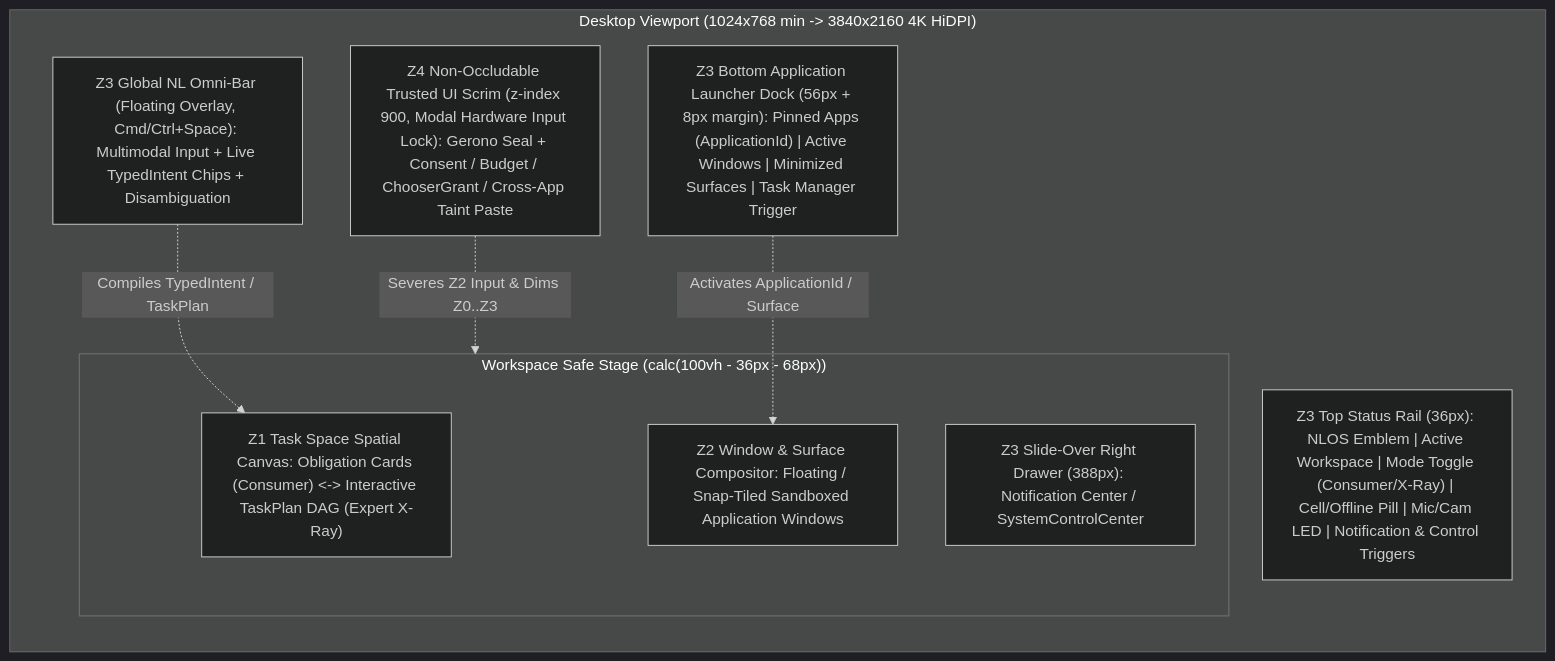
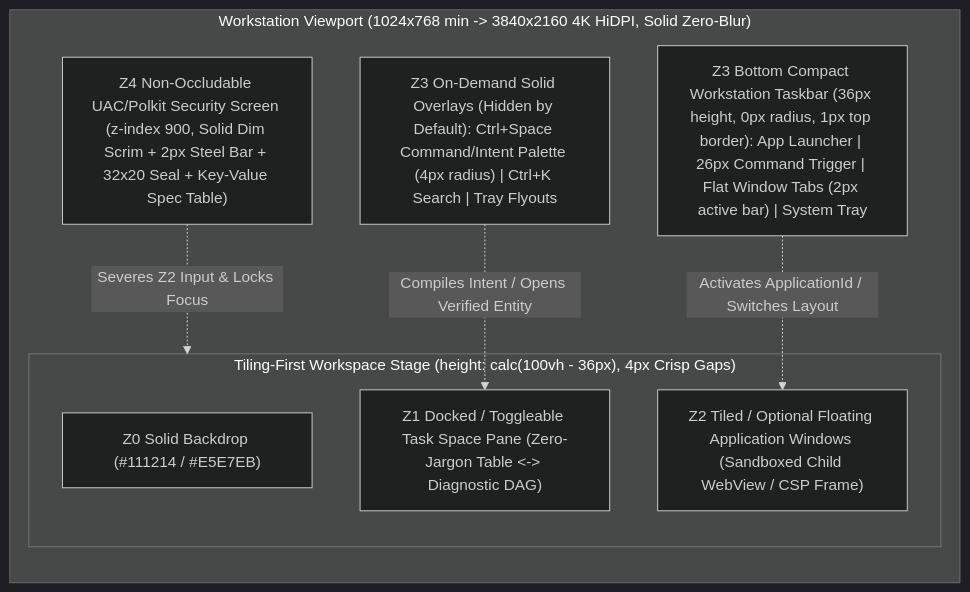
Before and after one commit to cty12356541/llmos: the diagram in docs/superpowers/specs/2026-10-26-stage-d-desktop-visual-and-ux-design.md, drawn with Mermaid (dark theme). The commit also changed other lines of this file and 4 other files, not shown here.

First line of the commit message:
阶段D（W68-R1）：去 AI 模板味修订，确立 Graphite/Paper 硬朗工业工作站视觉与平铺优先架构

````diff
--- a/docs/superpowers/specs/2026-10-26-stage-d-desktop-visual-and-ux-design.md
+++ b/docs/superpowers/specs/2026-10-26-stage-d-desktop-visual-and-ux-design.md
@@ -422,19 +263,18 @@
 ```mermaid
 flowchart LR
-  subgraph Viewport["Desktop Viewport (1024x768 min -> 3840x2160 4K HiDPI)"]
+  subgraph Viewport["Workstation Viewport (1024x768 min -> 3840x2160 4K HiDPI, Solid Zero-Blur)"]
     direction TB
-    Rail["Z3 Top Status Rail (36px): NLOS Emblem | Active Workspace | Mode Toggle (Consumer/X-Ray) | Cell/Offline Pill | Mic/Cam LED | Notification & Control Triggers"]
-    Omni["Z3 Global NL Omni-Bar (Floating Overlay, Cmd/Ctrl+Space): Multimodal Input + Live TypedIntent Chips + Disambiguation"]
-    subgraph StageArea["Workspace Safe Stage (calc(100vh - 36px - 68px))"]
-      Z1["Z1 Task Space Spatial Canvas: Obligation Cards (Consumer) <-> Interactive TaskPlan DAG (Expert X-Ray)"]
-      Z2["Z2 Window & Surface Compositor: Floating / Snap-Tiled Sandboxed Application Windows"]
-      Drawer["Z3 Slide-Over Right Drawer (388px): Notification Center / SystemControlCenter"]
+    subgraph StageArea["Tiling-First Workspace Stage (height: calc(100vh - 36px), 4px Crisp Gaps)"]
+      Z0["Z0 Solid Backdrop (#111214 / #E5E7EB)"]
+      Z2["Z2 Tiled / Optional Floating Application Windows (Sandboxed Child WebView / CSP Frame)"]
+      Z1["Z1 Docked / Toggleable Task Space Pane (Zero-Jargon Table <-> Diagnostic DAG)"]
     end
-    Dock["Z3 Bottom Application Launcher Dock (56px + 8px margin): Pinned Apps (ApplicationId) | Active Windows | Minimized Surfaces | Task Manager Trigger"]
-    Z4["Z4 Non-Occludable Trusted UI Scrim (z-index 900, Modal Hardware Input Lock): Gerono Seal + Consent / Budget / ChooserGrant / Cross-App Taint Paste"]
+    Palettes["Z3 On-Demand Solid Overlays (Hidden by Default): Ctrl+Space Command/Intent Palette (4px radius) | Ctrl+K Search | Tray Flyouts"]
+    Taskbar["Z3 Bottom Compact Workstation Taskbar (36px height, 0px radius, 1px top border): App Launcher | 26px Command Trigger | Flat Window Tabs (2px active bar) | System Tray"]
+    Z4["Z4 Non-Occludable UAC/Polkit Security Screen (z-index 900, Solid Dim Scrim + 2px Steel Bar + 32x20 Seal + Key-Value Spec Table)"]
   end
 
-  Z4 -.->|"Severes Z2 Input & Dims Z0..Z3"| StageArea
-  Omni -.->|"Compiles TypedIntent / TaskPlan"| Z1
-  Dock -.->|"Activates ApplicationId / Surface"| Z2
+  Z4 -.->|"Severes Z2 Input & Locks Focus"| StageArea
+  Palettes -.->|"Compiles Intent / Opens Verified Entity"| Z1
+  Taskbar -.->|"Activates ApplicationId / Switches Layout"| Z2
 ```
````
